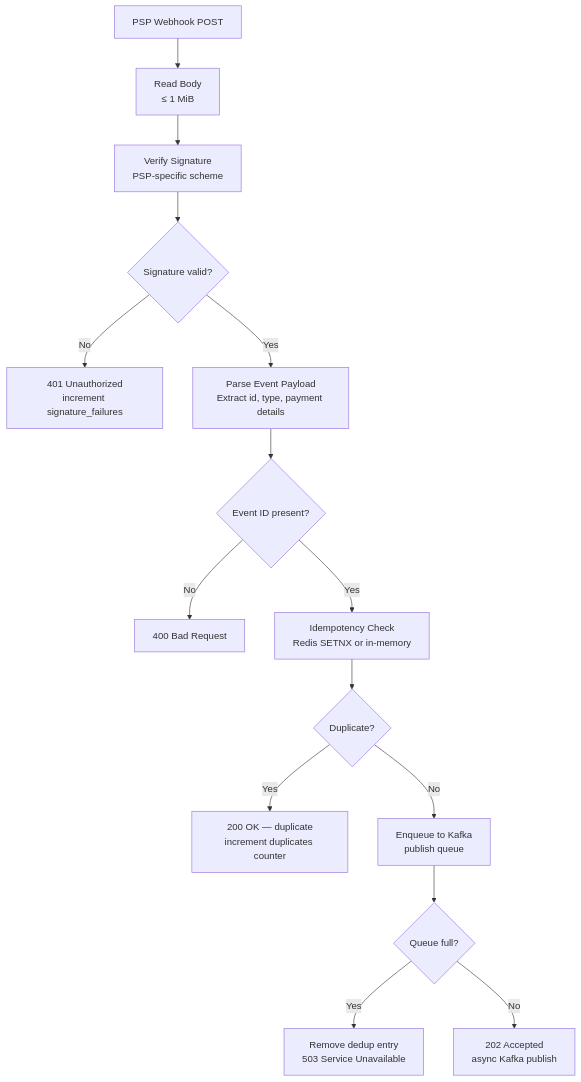
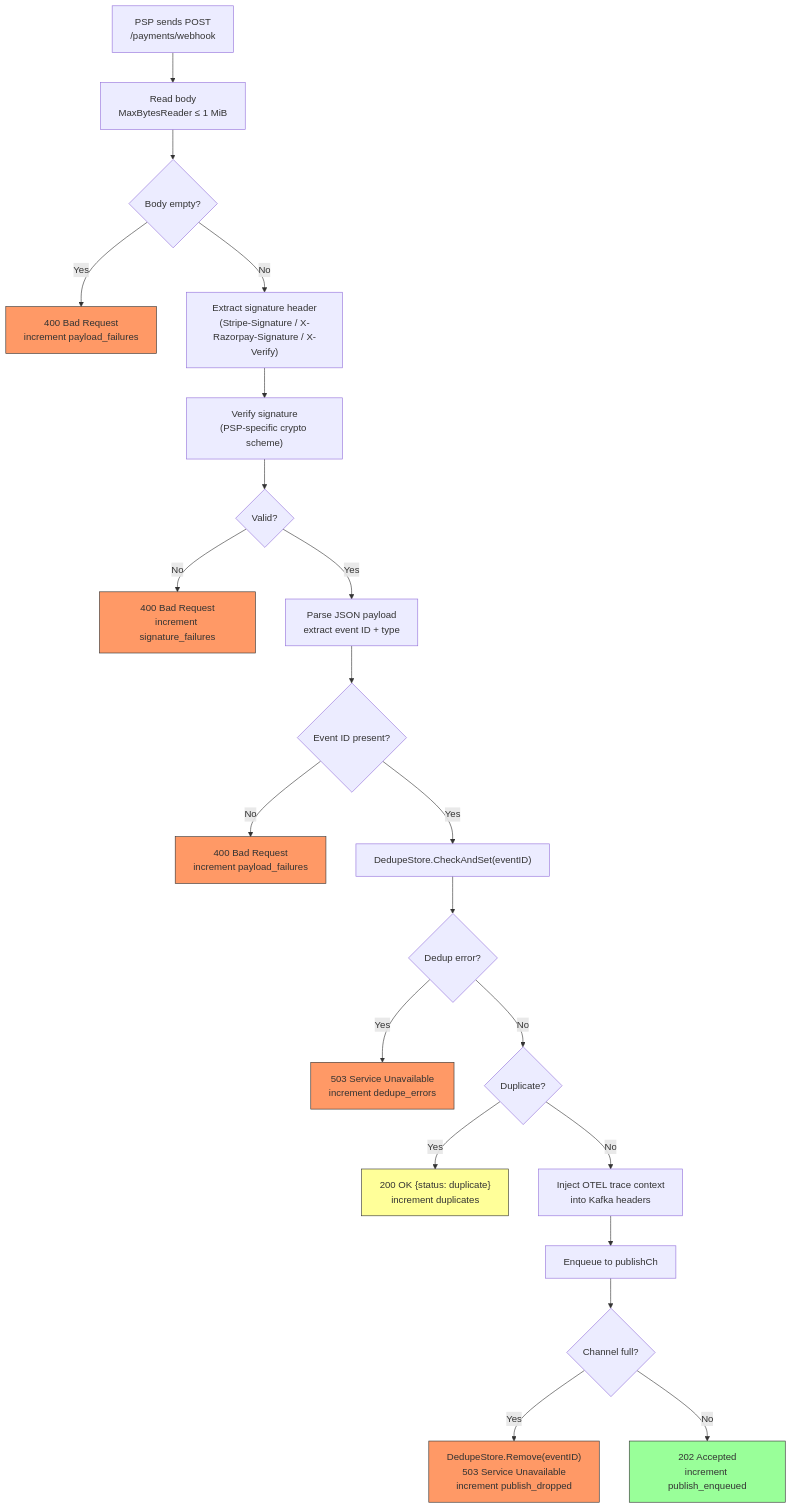
The third of 5 diagrams in services/payment-webhook-service/README.md (sunitakeazycommerz-a11y/InstaCommerce), drawn with Mermaid before and after one commit. The commit also changed other lines of this file and 554 other files, not shown here.

````diff
--- a/services/payment-webhook-service/README.md
+++ b/services/payment-webhook-service/README.md
@@ -24,17 +242,31 @@
 ```mermaid
 flowchart TD
-    A[PSP Webhook POST] --> B[Read Body<br/>≤ 1 MiB]
-    B --> C[Verify Signature<br/>PSP-specific scheme]
-    C --> D{Signature valid?}
-    D -->|No| E[401 Unauthorized<br/>increment signature_failures]
-    D -->|Yes| F[Parse Event Payload<br/>Extract id, type, payment details]
-    F --> G{Event ID present?}
-    G -->|No| H[400 Bad Request]
-    G -->|Yes| I[Idempotency Check<br/>Redis SETNX or in-memory]
-    I --> J{Duplicate?}
-    J -->|Yes| K[200 OK — duplicate<br/>increment duplicates counter]
-    J -->|No| L[Enqueue to Kafka<br/>publish queue]
-    L --> M{Queue full?}
-    M -->|Yes| N[Remove dedup entry<br/>503 Service Unavailable]
-    M -->|No| O[202 Accepted<br/>async Kafka publish]
+    A["PSP sends POST<br/>/payments/webhook"] --> B["Read body<br/>MaxBytesReader ≤ 1 MiB"]
+    B --> C{Body empty?}
+    C -->|Yes| D["400 Bad Request<br/>increment payload_failures"]
+    C -->|No| E["Extract signature header<br/>(Stripe-Signature / X-Razorpay-Signature / X-Verify)"]
+    E --> F["Verify signature<br/>(PSP-specific crypto scheme)"]
+    F --> G{Valid?}
+    G -->|No| H["400 Bad Request<br/>increment signature_failures"]
+    G -->|Yes| I["Parse JSON payload<br/>extract event ID + type"]
+    I --> J{Event ID present?}
+    J -->|No| K["400 Bad Request<br/>increment payload_failures"]
+    J -->|Yes| L["DedupeStore.CheckAndSet(eventID)"]
+    L --> M{Dedup error?}
+    M -->|Yes| N["503 Service Unavailable<br/>increment dedupe_errors"]
+    M -->|No| O{Duplicate?}
+    O -->|Yes| P["200 OK {status: duplicate}<br/>increment duplicates"]
+    O -->|No| Q["Inject OTEL trace context<br/>into Kafka headers"]
+    Q --> R["Enqueue to publishCh"]
+    R --> S{Channel full?}
+    S -->|Yes| T["DedupeStore.Remove(eventID)<br/>503 Service Unavailable<br/>increment publish_dropped"]
+    S -->|No| U["202 Accepted<br/>increment publish_enqueued"]
+
+    style H fill:#f96,stroke:#333
+    style D fill:#f96,stroke:#333
+    style K fill:#f96,stroke:#333
+    style N fill:#f96,stroke:#333
+    style T fill:#f96,stroke:#333
+    style P fill:#ff9,stroke:#333
+    style U fill:#9f9,stroke:#333
 ```
````
